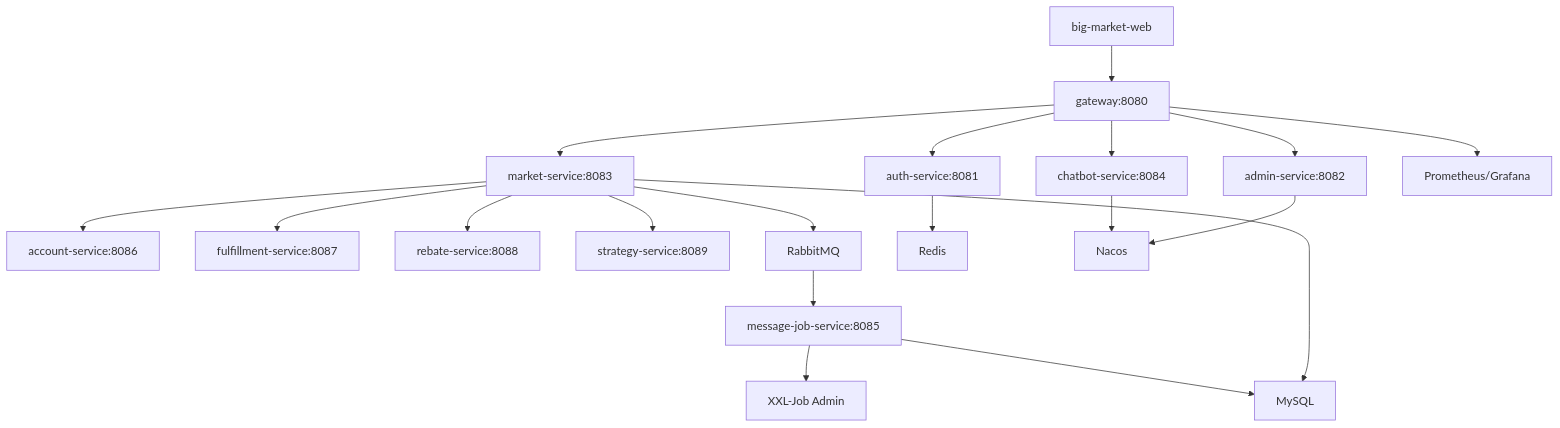
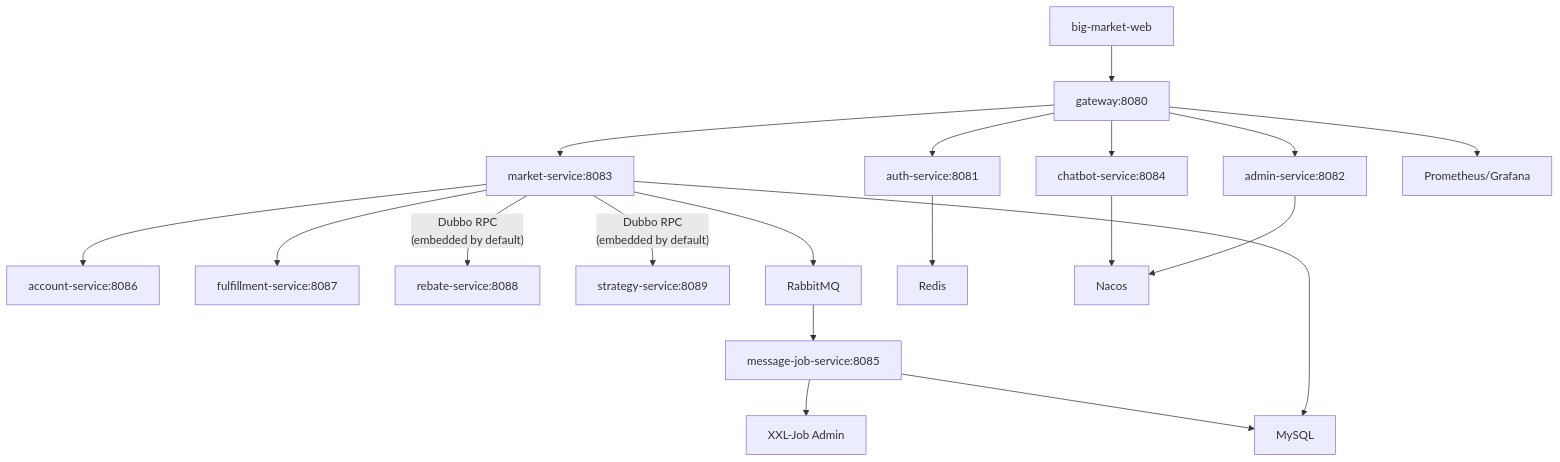
The diagram in docs/learning/03-architecture-overview.md (dyxnb22/big-market-ai-platform), drawn with Mermaid before and after one commit. The commit also changed other lines of this file and 6 other files, not shown here.

````diff
--- a/docs/learning/03-architecture-overview.md
+++ b/docs/learning/03-architecture-overview.md
@@ -25,21 +25,21 @@
 ```mermaid
 flowchart TD
     Web["big-market-web"] --> Gateway["gateway:8080"]
     Gateway --> Auth["auth-service:8081"]
     Gateway --> Admin["admin-service:8082"]
     Gateway --> Market["market-service:8083"]
     Gateway --> Chatbot["chatbot-service:8084"]
     Market --> Account["account-service:8086"]
     Market --> Fulfillment["fulfillment-service:8087"]
-    Market --> Rebate["rebate-service:8088"]
-    Market --> Strategy["strategy-service:8089"]
+    Market -->|"Dubbo RPC\n(embedded by default)"| Rebate["rebate-service:8088"]
+    Market -->|"Dubbo RPC\n(embedded by default)"| Strategy["strategy-service:8089"]
     Market --> MQ["RabbitMQ"]
     MQ --> MessageJob["message-job-service:8085"]
     MessageJob --> XXL["XXL-Job Admin"]
     Auth --> Redis["Redis"]
     Market --> MySQL["MySQL"]
     MessageJob --> MySQL
     Admin --> Nacos["Nacos"]
     Chatbot --> Nacos
     Gateway --> Metrics["Prometheus/Grafana"]
 ```
````
